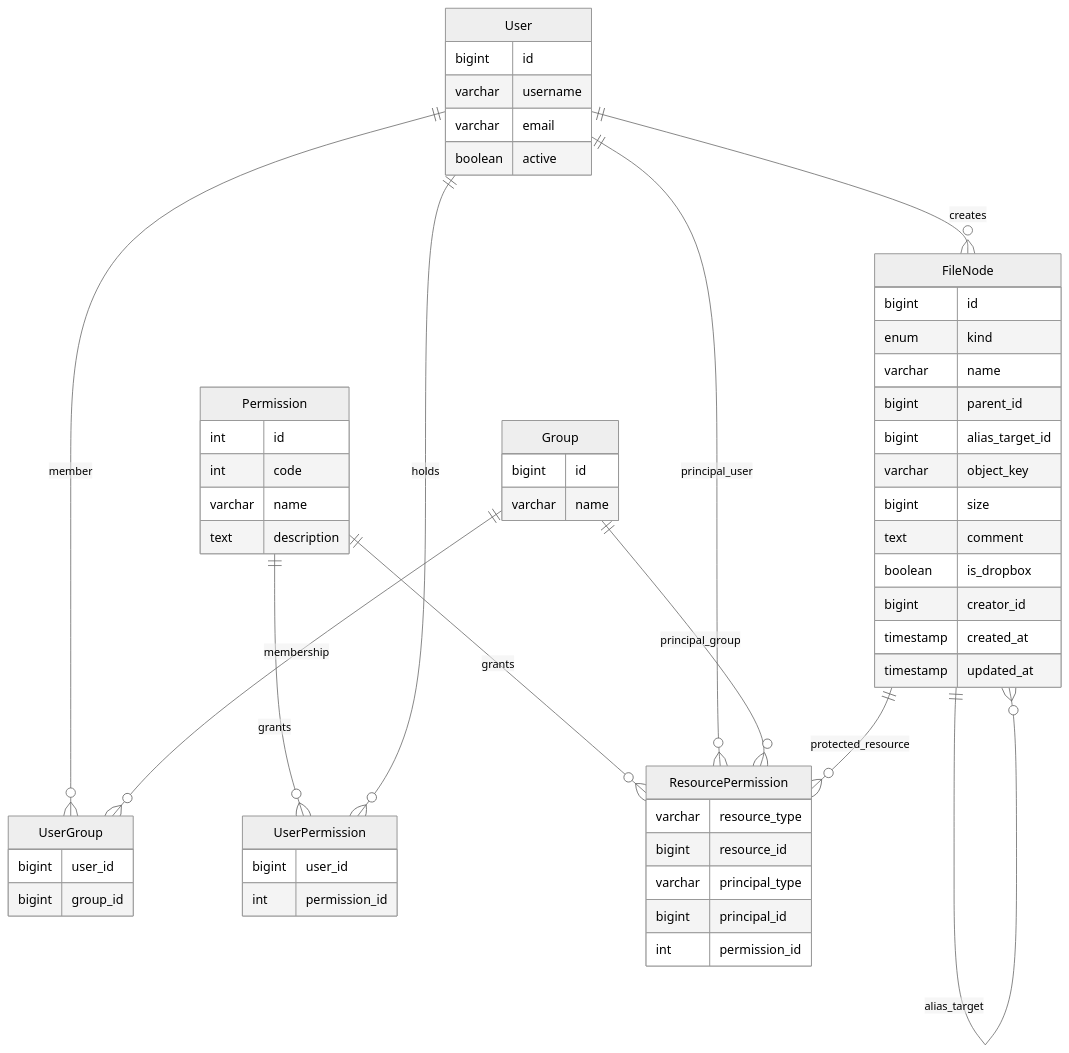
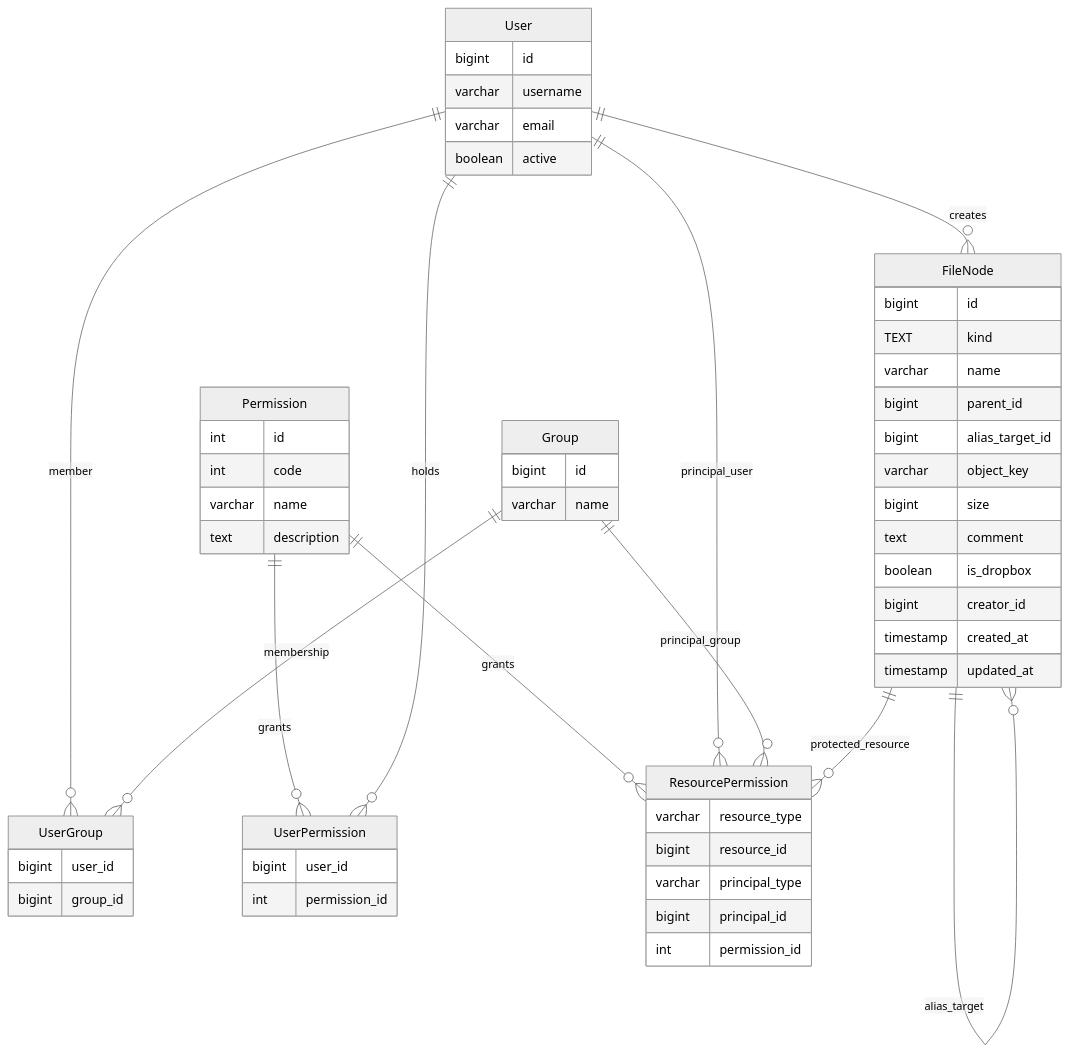
Before and after one commit to leynos/mxd: the diagram in docs/file-sharing-design.md, drawn with Mermaid (neutral theme). The commit also changed other lines of this file and 6 other files, not shown here.

First line of the commit message:
Align file-node review fixes with current schema

````diff
--- a/docs/file-sharing-design.md
+++ b/docs/file-sharing-design.md
@@ -105,66 +105,66 @@
 ```mermaid
 erDiagram
     FileNode {
         bigint id
-        enum kind
+        TEXT kind
         varchar name
         bigint parent_id
         bigint alias_target_id
         varchar object_key
         bigint size
         text comment
         boolean is_dropbox
         bigint creator_id
         timestamp created_at
         timestamp updated_at
     }
 
     User {
         bigint id
         varchar username
         varchar email
         boolean active
     }
 
     Group {
         bigint id
         varchar name
     }
 
     UserGroup {
         bigint user_id
         bigint group_id
     }
 
     Permission {
         int id
         int code
         varchar name
         text description
     }
 
     UserPermission {
         bigint user_id
         int permission_id
     }
 
     ResourcePermission {
         varchar resource_type
         bigint resource_id
         varchar principal_type
         bigint principal_id
         int permission_id
     }
 
     FileNode ||--o{ FileNode : parent
     FileNode ||--o{ FileNode : alias_target
     User ||--o{ FileNode : creates
     User ||--o{ UserGroup : member
     Group ||--o{ UserGroup : membership
     Permission ||--o{ UserPermission : grants
     User ||--o{ UserPermission : holds
     Permission ||--o{ ResourcePermission : grants
     User ||--o{ ResourcePermission : principal_user
     Group ||--o{ ResourcePermission : principal_group
     FileNode ||--o{ ResourcePermission : protected_resource
 ```
````
